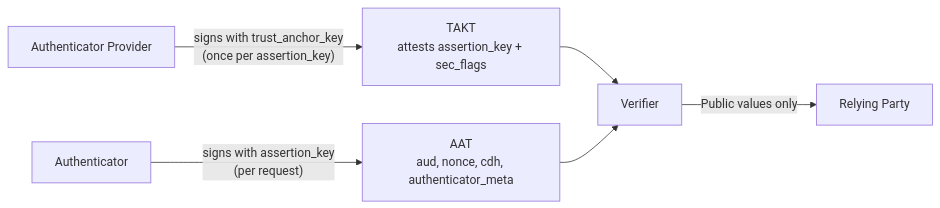
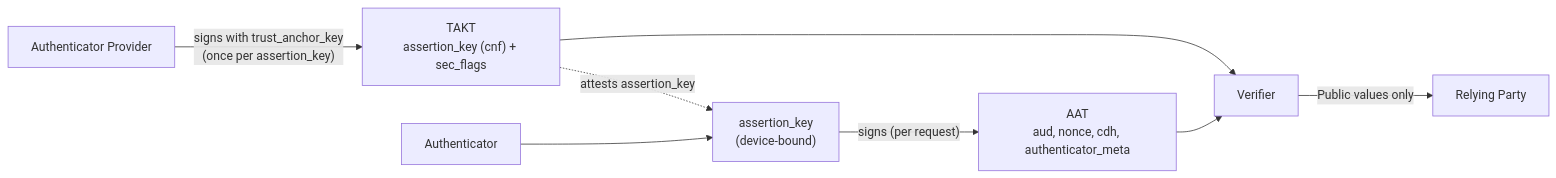
Before and after one commit to worldcoin/world-id-protocol: the diagram in docs/WIPs/wip-106.md, drawn with Mermaid.

Commit message:
docs: show in the WIP-106 diagram that the TAKT attests the AAT's key

````diff
--- a/docs/WIPs/wip-106.md
+++ b/docs/WIPs/wip-106.md
@@ -29,8 +29,10 @@
 ```mermaid
 flowchart LR
-  AP["Authenticator Provider"] -->|"signs with trust_anchor_key<br/>(once per assertion_key)"| TAKT["TAKT<br/>attests assertion_key + sec_flags"]
-  A["Authenticator"] -->|"signs with assertion_key<br/>(per request)"| AAT["AAT<br/>aud, nonce, cdh, authenticator_meta"]
+  AP["Authenticator Provider"] -->|"signs with trust_anchor_key<br/>(once per assertion_key)"| TAKT["TAKT<br/>assertion_key (cnf) + sec_flags"]
+  TAKT -.->|"attests assertion_key"| K["assertion_key<br/>(device-bound)"]
+  A["Authenticator"] --> K
+  K -->|"signs (per request)"| AAT["AAT<br/>aud, nonce, cdh, authenticator_meta"]
   TAKT --> V["Verifier"]
   AAT --> V
   V -->|"Public values only"| RP["Relying Party"]
 ```
````
